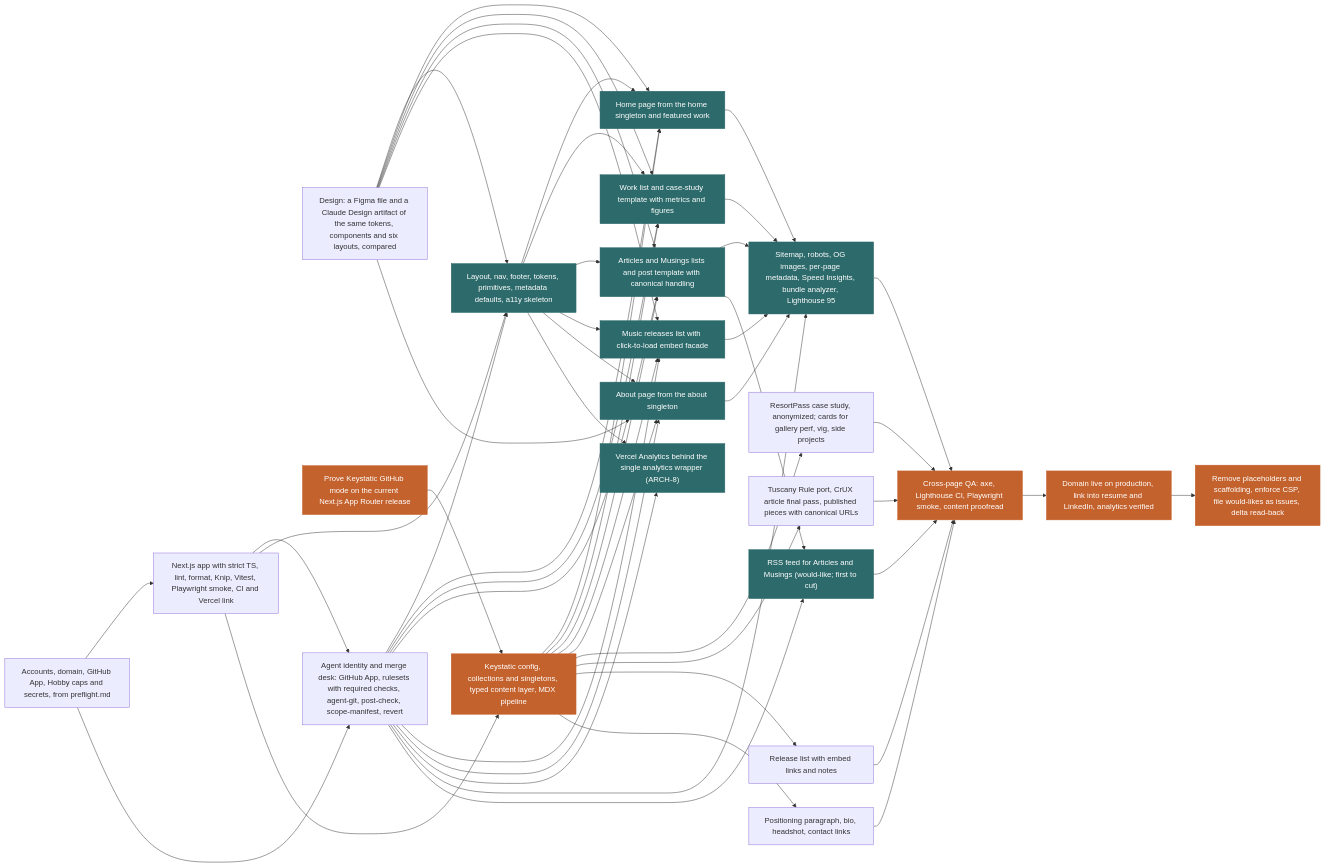
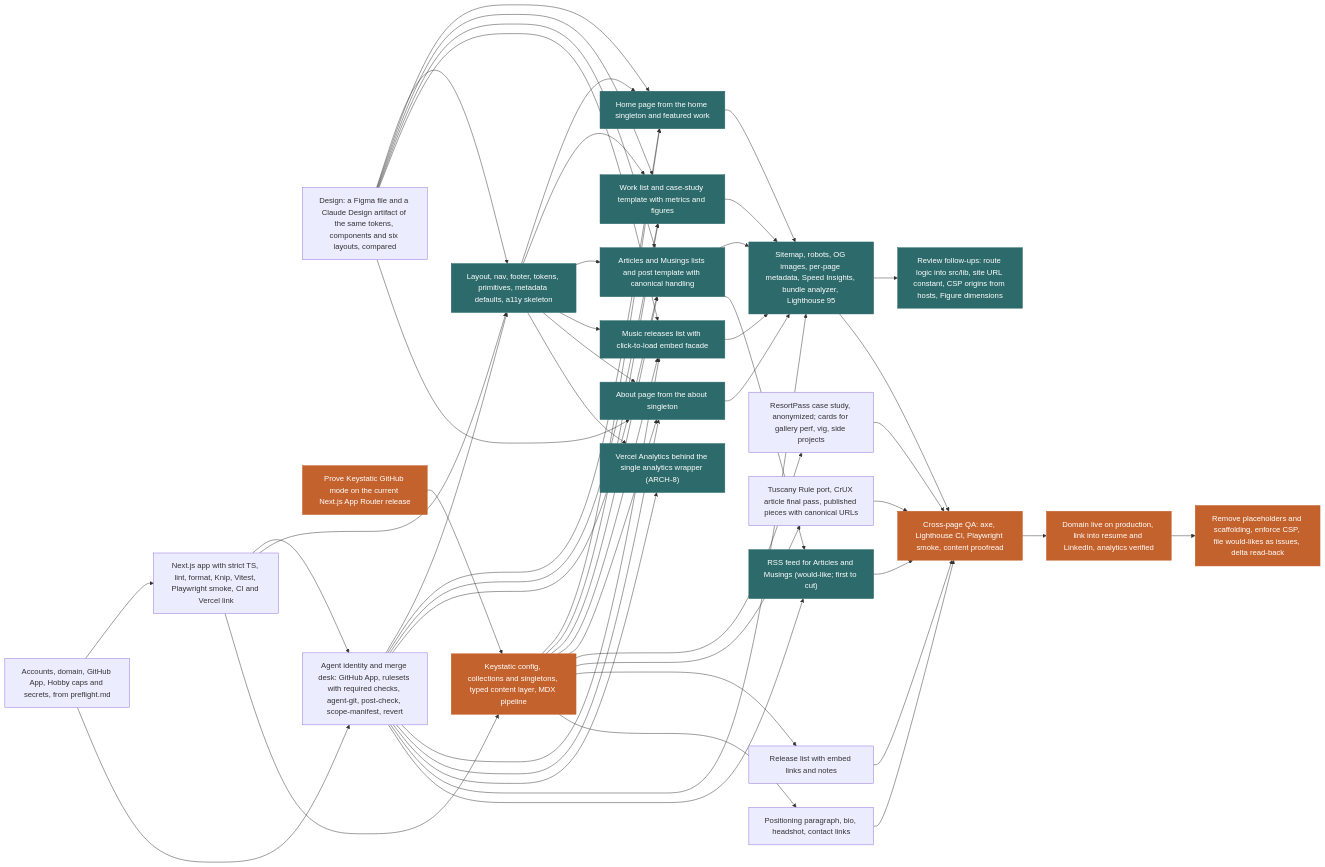
The diagram in docs/plan/plan-report.md (defaultdave/defaultdave), drawn with Mermaid before and after one commit. The commit also changed other lines of this file and 4 other files, not shown here.

Commit message:
PM bookkeeping: swarm 2 landed, seo-perf split and 190 kB budget, cleanup unit (#74)

````diff
--- a/docs/plan/plan-report.md
+++ b/docs/plan/plan-report.md
@@ -100,79 +102,81 @@
 ```mermaid
 graph LR
   u_preflight["Accounts, domain, GitHub App, Hobby caps and secrets, from preflight.md"]
   u_design["Design: a Figma file and a Claude Design artifact of the same tokens, components and six layouts, compared"]
   u_keystatic_spike["Prove Keystatic GitHub mode on the current Next.js App Router release"]
   u_scaffold["Next.js app with strict TS, lint, format, Knip, Vitest, Playwright smoke, CI and Vercel link"]
   u_merge_desk["Agent identity and merge desk: GitHub App, rulesets with required checks, agent-git, post-check, scope-manifest, revert"]
   u_shell["Layout, nav, footer, tokens, primitives, metadata defaults, a11y skeleton"]
   u_cms["Keystatic config, collections and singletons, typed content layer, MDX pipeline"]
   u_page_home["Home page from the home singleton and featured work"]
   u_page_work["Work list and case-study template with metrics and figures"]
   u_page_writing["Articles and Musings lists and post template with canonical handling"]
   u_page_music["Music releases list with click-to-load embed facade"]
   u_page_about["About page from the about singleton"]
   u_content_work["ResortPass case study, anonymized; cards for gallery perf, vig, side projects"]
   u_content_writing["Tuscany Rule port, CrUX article final pass, published pieces with canonical URLs"]
   u_content_music["Release list with embed links and notes"]
   u_content_home_about["Positioning paragraph, bio, headshot, contact links"]
   u_analytics["Vercel Analytics behind the single analytics wrapper (ARCH-8)"]
+  u_cleanup["Review follow-ups: route logic into src/lib, site URL constant, CSP origins from hosts, Figure dimensions"]
   u_seo_perf["Sitemap, robots, OG images, per-page metadata, Speed Insights, bundle analyzer, Lighthouse 95"]
   u_feed["RSS feed for Articles and Musings (would-like; first to cut)"]
   u_qa_pass["Cross-page QA: axe, Lighthouse CI, Playwright smoke, content proofread"]
   u_launch["Domain live on production, link into resume and LinkedIn, analytics verified"]
   u_tail["Remove placeholders and scaffolding, enforce CSP, file would-likes as issues, delta read-back"]
   u_preflight --> u_scaffold
   u_preflight --> u_merge_desk
   u_scaffold --> u_merge_desk
   u_scaffold --> u_shell
   u_design --> u_shell
   u_merge_desk --> u_shell
   u_scaffold --> u_cms
   u_keystatic_spike --> u_cms
   u_shell --> u_page_home
   u_cms --> u_page_home
   u_design --> u_page_home
   u_merge_desk --> u_page_home
   u_shell --> u_page_work
   u_cms --> u_page_work
   u_design --> u_page_work
   u_merge_desk --> u_page_work
   u_shell --> u_page_writing
   u_cms --> u_page_writing
   u_design --> u_page_writing
   u_merge_desk --> u_page_writing
   u_shell --> u_page_music
   u_cms --> u_page_music
   u_design --> u_page_music
   u_merge_desk --> u_page_music
   u_shell --> u_page_about
   u_cms --> u_page_about
   u_design --> u_page_about
   u_merge_desk --> u_page_about
   u_cms --> u_content_work
   u_cms --> u_content_writing
   u_cms --> u_content_music
   u_cms --> u_content_home_about
   u_shell --> u_analytics
   u_merge_desk --> u_analytics
+  u_seo_perf --> u_cleanup
   u_page_home --> u_seo_perf
   u_page_work --> u_seo_perf
   u_page_writing --> u_seo_perf
   u_page_music --> u_seo_perf
   u_page_about --> u_seo_perf
   u_merge_desk --> u_seo_perf
   u_page_writing --> u_feed
   u_merge_desk --> u_feed
   u_seo_perf --> u_qa_pass
   u_feed --> u_qa_pass
   u_content_work --> u_qa_pass
   u_content_writing --> u_qa_pass
   u_content_music --> u_qa_pass
   u_content_home_about --> u_qa_pass
   u_qa_pass --> u_launch
   u_launch --> u_tail
   classDef critical fill:#c4622d,stroke:#c4622d,color:#ffffff
   classDef fanout fill:#2d6a6b,stroke:#2d6a6b,color:#ffffff
   class u_keystatic_spike,u_cms,u_page_work,u_page_writing,u_seo_perf,u_qa_pass,u_launch,u_tail critical
-  class u_shell,u_page_home,u_page_work,u_page_writing,u_page_music,u_page_about,u_analytics,u_seo_perf,u_feed fanout
+  class u_shell,u_page_home,u_page_work,u_page_writing,u_page_music,u_page_about,u_analytics,u_cleanup,u_seo_perf,u_feed fanout
 ```
````
